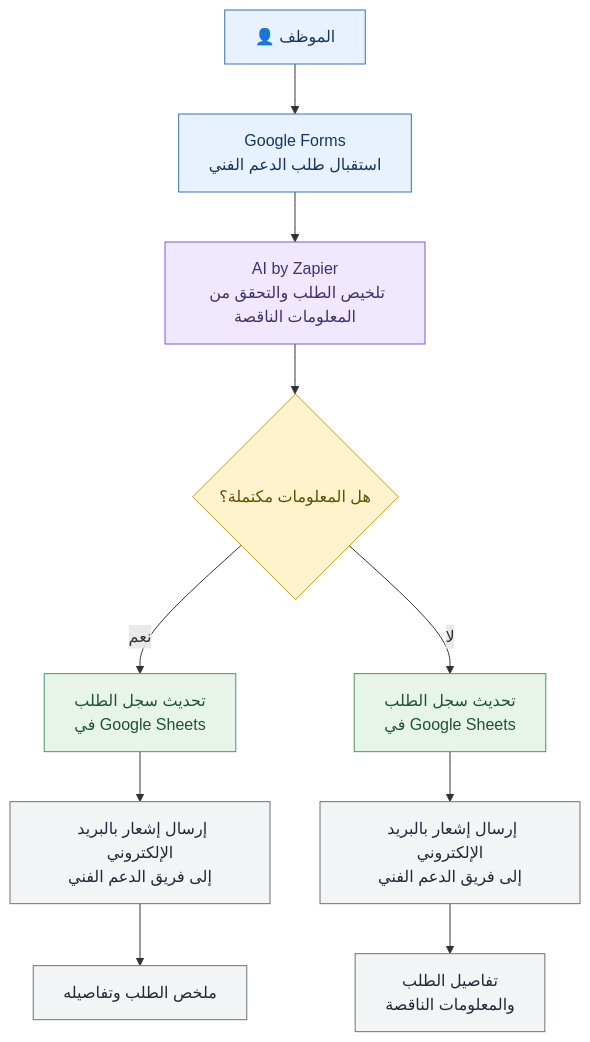
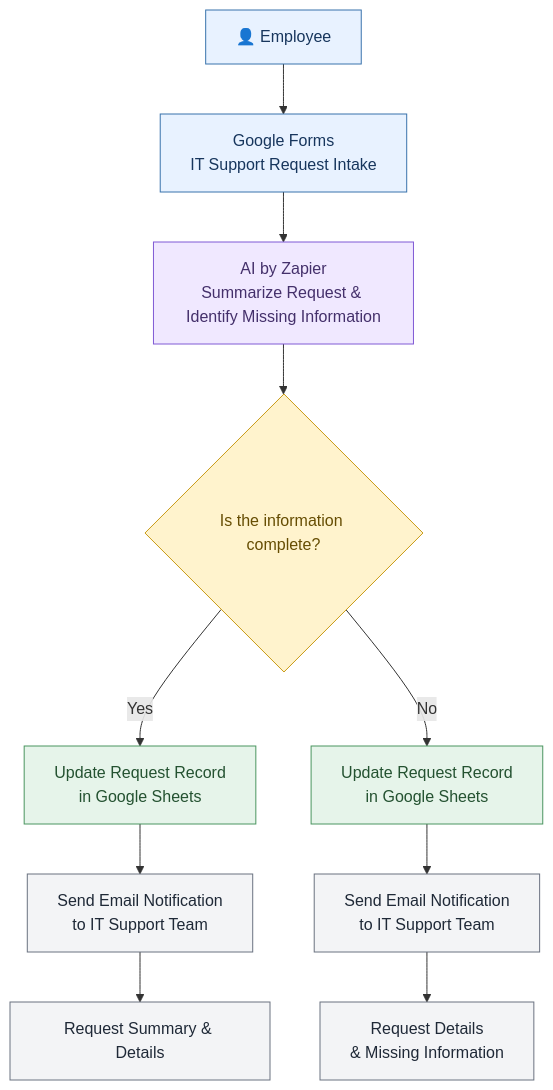
The diagram in 01-Process & Data Thinking/Independent-Project/README.md (mahaalzenati/Final), drawn with Mermaid before and after one commit. The commit also changed other lines of this file, not shown here.

````diff
--- a/01-Process & Data Thinking/Independent-Project/README.md
+++ b/01-Process & Data Thinking/Independent-Project/README.md
@@ -69,27 +76,27 @@
 ```mermaid
 flowchart TD
-    A["👤 الموظف"] --> B["Google Forms<br/>استقبال طلب الدعم الفني"]
-    B --> C["AI by Zapier<br/>تلخيص الطلب والتحقق من المعلومات الناقصة"]
-    C --> D{"هل المعلومات مكتملة؟"}
+    A["👤 Employee"] --> B["Google Forms<br/>IT Support Request Intake"]
+    B --> C["AI by Zapier<br/>Summarize Request & Identify Missing Information"]
+    C --> D{"Is the information complete?"}
 
-    D -->|نعم| E["تحديث سجل الطلب<br/>في Google Sheets"]
-    D -->|لا| F["تحديث سجل الطلب<br/>في Google Sheets"]
+    D -->|Yes| E["Update Request Record<br/>in Google Sheets"]
+    D -->|No| F["Update Request Record<br/>in Google Sheets"]
 
-    E --> G["إرسال إشعار بالبريد الإلكتروني<br/>إلى فريق الدعم الفني"]
-    F --> H["إرسال إشعار بالبريد الإلكتروني<br/>إلى فريق الدعم الفني"]
+    E --> G["Send Email Notification<br/>to IT Support Team"]
+    F --> H["Send Email Notification<br/>to IT Support Team"]
 
-    G --> I["ملخص الطلب وتفاصيله"]
-    H --> J["تفاصيل الطلب<br/>والمعلومات الناقصة"]
+    G --> I["Request Summary & Details"]
+    H --> J["Request Details<br/>& Missing Information"]
 
     classDef input fill:#e8f2ff,stroke:#3973ac,color:#17365d
     classDef ai fill:#f0e8ff,stroke:#805ad5,color:#44306b
     classDef decision fill:#fff3cd,stroke:#c99a16,color:#664d03
     classDef process fill:#e6f4ea,stroke:#4b9560,color:#245231
     classDef output fill:#f3f4f6,stroke:#6b7280,color:#1f2937
 
     class A,B input
     class C ai
     class D decision
     class E,F process
     class G,H,I,J output
 ```
````
